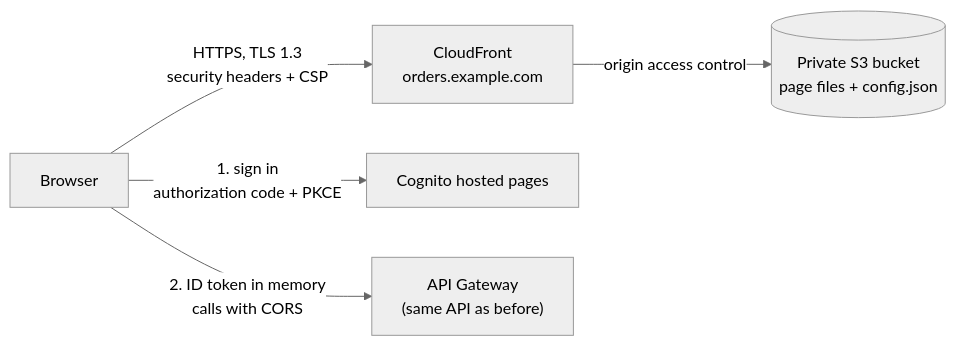
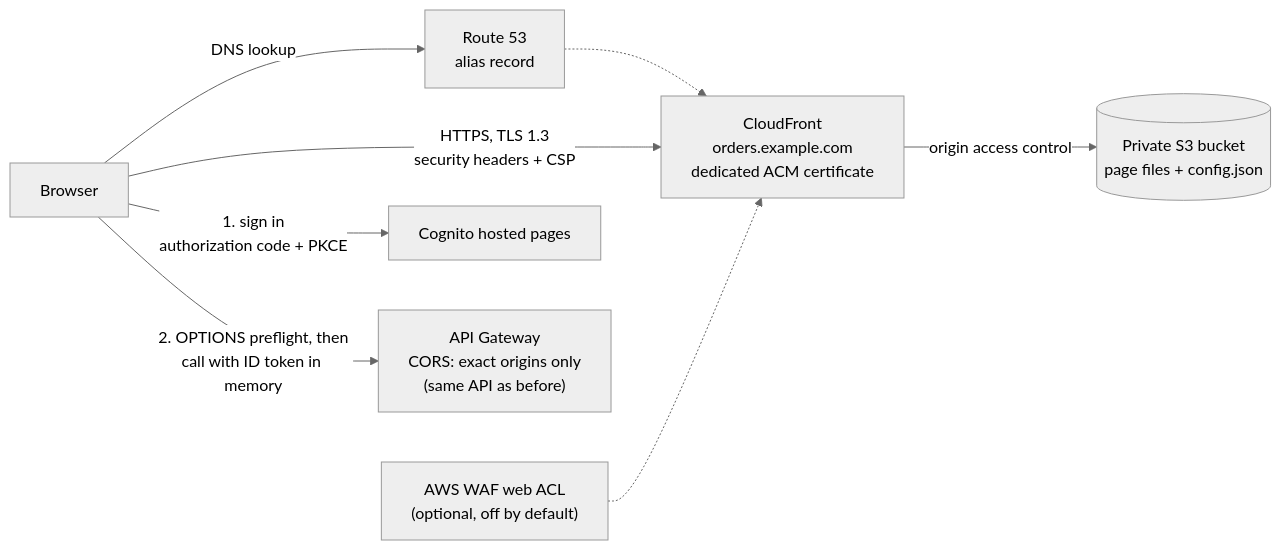
The fourth of 5 diagrams in README.md (bdahiya2007/secure-serverless-api-aws), drawn with Mermaid (neutral theme) before and after one commit. The commit also changed other lines of this file, not shown here.

Commit message:
Bring the front end architecture diagram up to date
Adds Route 53, the dedicated certificate, the optional web ACL, the CORS preflight and
config.json, and notes that the hosting is a separate stack. Placeholders only.

````diff
--- a/README.md
+++ b/README.md
@@ -68,7 +68,10 @@
 ```mermaid
 flowchart LR
-  U["Browser"] -->|"HTTPS, TLS 1.3<br/>security headers + CSP"| CF["CloudFront<br/>orders.example.com"]
+  U["Browser"] -->|"DNS lookup"| R53["Route 53<br/>alias record"]
+  R53 -.-> CF
+  U -->|"HTTPS, TLS 1.3<br/>security headers + CSP"| CF["CloudFront<br/>orders.example.com<br/>dedicated ACM certificate"]
+  WAFF["AWS WAF web ACL<br/>(optional, off by default)"] -.-> CF
   CF -->|"origin access control"| S3[("Private S3 bucket<br/>page files + config.json")]
   U -->|"1. sign in<br/>authorization code + PKCE"| H["Cognito hosted pages"]
-  U -->|"2. ID token in memory<br/>calls with CORS"| API["API Gateway<br/>(same API as before)"]
+  U -->|"2. OPTIONS preflight, then<br/>call with ID token in memory"| API["API Gateway<br/>CORS: exact origins only<br/>(same API as before)"]
 ```
````
